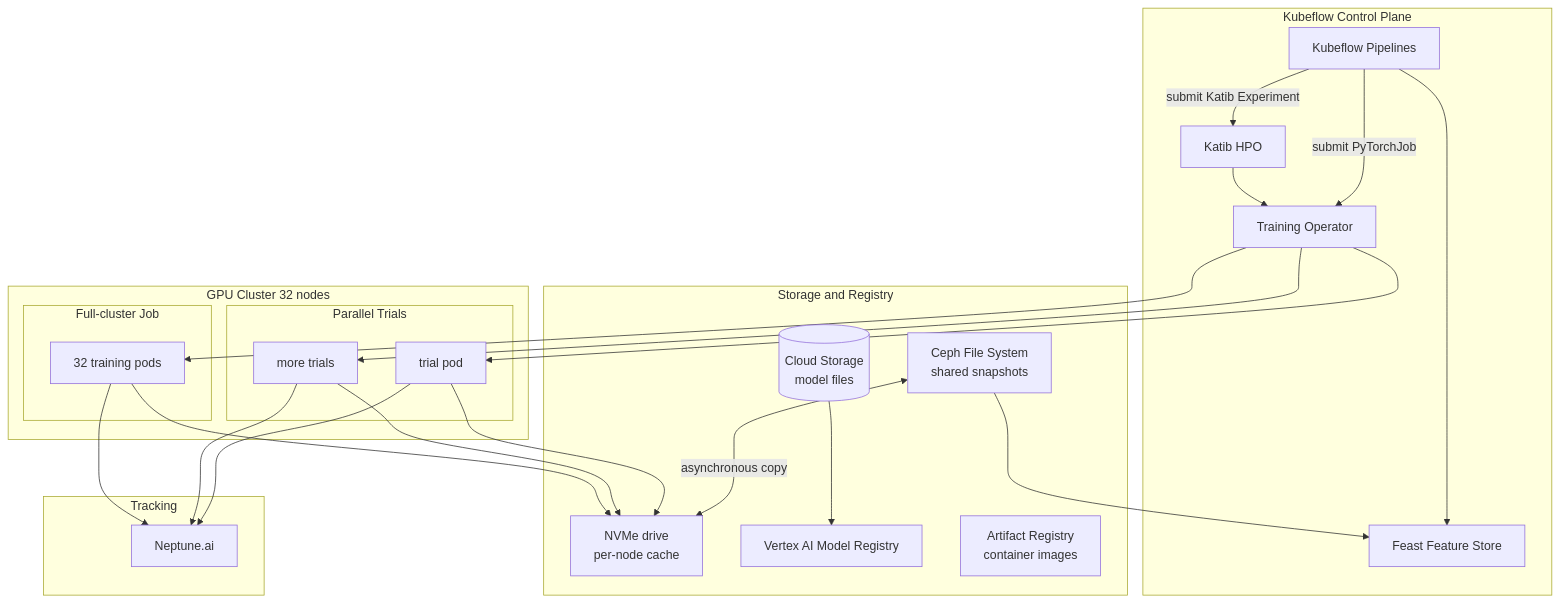
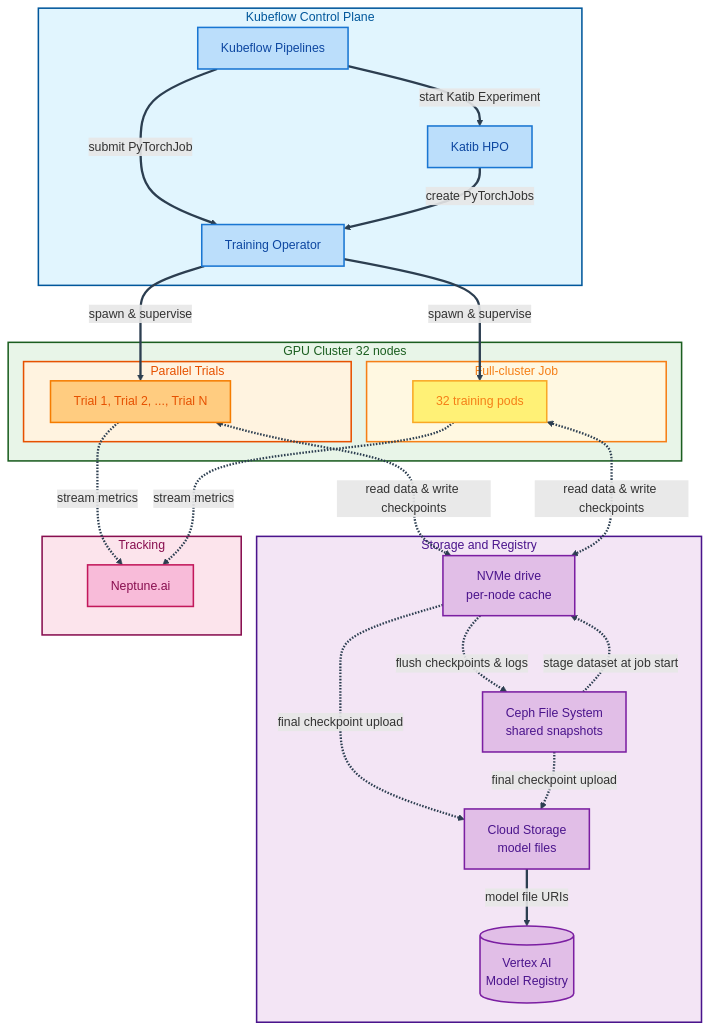
Before and after one commit to adrian-v-m/k8s_training: the first of 2 diagrams in prima_mente_assignment/Prima_Mente_MLOps_Platform.md, drawn with Mermaid. The commit also changed other lines of this file, not shown here.

Commit message:
Improve diagrams

````diff
--- a/prima_mente_assignment/Prima_Mente_MLOps_Platform.md
+++ b/prima_mente_assignment/Prima_Mente_MLOps_Platform.md
@@ -6,57 +6,79 @@
 ```mermaid
 flowchart TD
     %% Control Plane
     subgraph CP["Kubeflow Control Plane"]
         KFP["Kubeflow Pipelines"]
         TO["Training Operator"]
         Kat["Katib HPO"]
-        Feast["Feast Feature Store"]
     end
 
     %% Storage and Registry
     subgraph SR["Storage and Registry"]
         Ceph["Ceph File System<br/>shared snapshots"]
         NVMe["NVMe drive<br/>per-node cache"]
-        GCS[("Cloud Storage<br/>model files")]
-        VReg["Vertex AI Model Registry"]
-        AR["Artifact Registry<br/>container images"]
+        GCS["Cloud Storage<br/>model files"]
+        VReg[("Vertex AI<br/>Model Registry")]
     end
 
     %% Compute
     subgraph GC["GPU Cluster 32 nodes"]
-        subgraph PT["Parallel Trials"]
-            T1["trial pod"]
-            Tn["more trials"]
-        end
         subgraph FCJ["Full-cluster Job"]
             L["32 training pods"]
+        end
+        subgraph PT["Parallel Trials"]
+            Trials["Trial 1, Trial 2, ..., Trial N"]
         end
     end
 
     %% Tracking
     subgraph Track["Tracking"]
         Nep["Neptune.ai"]
     end
 
-    %% Connections
+    %% Control-flow connections (solid arrows)
     KFP -->|submit PyTorchJob| TO
-    KFP -->|submit Katib Experiment| Kat
-    Kat --> TO
-    KFP --> Feast
+    KFP -->|start Katib Experiment| Kat
+    Kat -->|create PyTorchJobs| TO
+    TO -->|spawn & supervise| L
+    TO -->|spawn & supervise| Trials
+
+    %% Data-flow connections (dashed arrows)
+    Ceph -.->|stage dataset at job start| NVMe
+    NVMe -.->|flush checkpoints & logs| Ceph
+    Trials <-.->|read data & write checkpoints| NVMe
+    L <-.->|read data & write checkpoints| NVMe
+
+    Trials -.->|stream metrics| Nep
+    L -.->|stream metrics| Nep
+    NVMe -.->|final checkpoint upload| GCS
+    Ceph -.->|final checkpoint upload| GCS
+
+    %% Static connections
+    GCS -->|model file URIs| VReg
+
+    %% Colorful styling for better readability
+    style CP fill:#e1f5fe,stroke:#01579b,stroke-width:2px,color:#01579b
+    style SR fill:#f3e5f5,stroke:#4a148c,stroke-width:2px,color:#4a148c
+    style GC fill:#e8f5e8,stroke:#1b5e20,stroke-width:2px,color:#1b5e20
+    style PT fill:#fff3e0,stroke:#e65100,stroke-width:2px,color:#e65100
+    style FCJ fill:#fff8e1,stroke:#f57f17,stroke-width:2px,color:#f57f17
+    style Track fill:#fce4ec,stroke:#880e4f,stroke-width:2px,color:#880e4f
+
+    %% Node styling with contrasting text colors
+    style KFP fill:#bbdefb,stroke:#1976d2,stroke-width:2px,color:#0d47a1
+    style TO fill:#bbdefb,stroke:#1976d2,stroke-width:2px,color:#0d47a1
+    style Kat fill:#bbdefb,stroke:#1976d2,stroke-width:2px,color:#0d47a1
     
-    Ceph <-->|asynchronous copy| NVMe
-    Ceph --> Feast
-    GCS --> VReg
+    style Ceph fill:#e1bee7,stroke:#7b1fa2,stroke-width:2px,color:#4a148c
+    style NVMe fill:#e1bee7,stroke:#7b1fa2,stroke-width:2px,color:#4a148c
+    style GCS fill:#e1bee7,stroke:#7b1fa2,stroke-width:2px,color:#4a148c
+    style VReg fill:#e1bee7,stroke:#7b1fa2,stroke-width:2px,color:#4a148c
     
-    TO --> T1
-    TO --> Tn
-    TO --> L
+    style Trials fill:#ffcc80,stroke:#f57c00,stroke-width:2px,color:#e65100
+    style L fill:#fff176,stroke:#f9a825,stroke-width:2px,color:#f57f17
     
-    T1 --> NVMe
-    Tn --> NVMe
-    L --> NVMe
-    
-    T1 --> Nep
-    Tn --> Nep
-    L --> Nep
+    style Nep fill:#f8bbd9,stroke:#c2185b,stroke-width:2px,color:#880e4f
+
+    %% Link styling for better contrast
+    linkStyle default stroke:#2c3e50,stroke-width:3px
 ```
````
